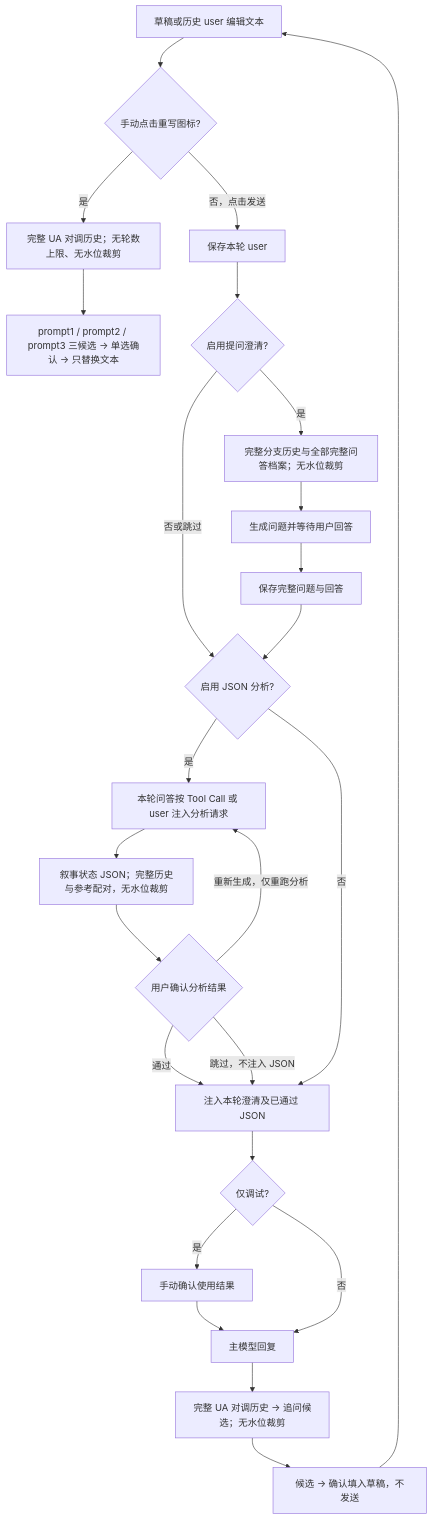
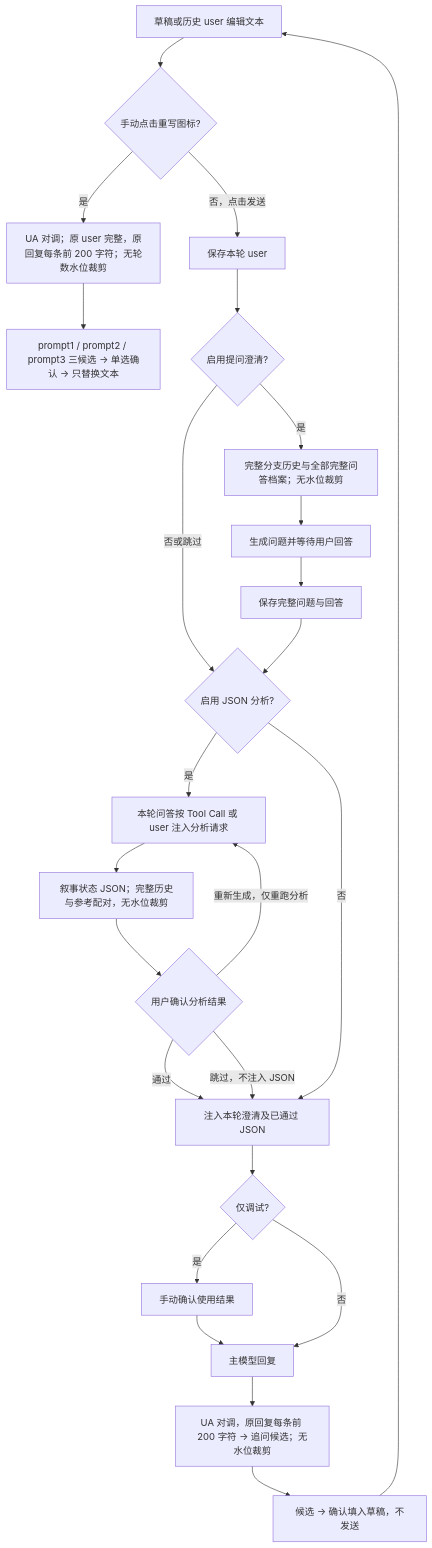
Before and after one commit to ccawmiku/workers-chat: the first of 7 diagrams in docs/PLUGINS.md, drawn with Mermaid. The commit also changed other lines of this file and 6 other files, not shown here.

````diff
--- a/docs/PLUGINS.md
+++ b/docs/PLUGINS.md
@@ -22,27 +22,27 @@
 ```mermaid
 flowchart TD
     Draft[草稿或历史 user 编辑文本] --> Rewrite{手动点击重写图标?}
-    Rewrite -->|是| Rewriter[完整 UA 对调历史；无轮数上限、无水位裁剪]
+    Rewrite -->|是| Rewriter[UA 对调；原 user 完整，原回复每条前 200 字符；无轮数水位裁剪]
     Rewriter --> Compare[prompt1 / prompt2 / prompt3 三候选 → 单选确认 → 只替换文本]
     Rewrite -->|否，点击发送| User[保存本轮 user]
     User --> Ask{启用提问澄清?}
     Ask -->|是| Q[完整分支历史与全部完整问答档案；无水位裁剪]
     Q --> Wait[生成问题并等待用户回答]
     Wait --> Pair[保存完整问题与回答]
     Ask -->|否或跳过| Analyze{启用 JSON 分析?}
     Pair --> Analyze
     Analyze -->|是| Input[本轮问答按 Tool Call 或 user 注入分析请求]
     Input --> JSON[叙事状态 JSON；完整历史与参考配对，无水位裁剪]
     JSON --> Gate{用户确认分析结果}
     Gate -->|重新生成，仅重跑分析| Input
     Gate -->|通过| Inject[注入本轮澄清及已通过 JSON]
     Gate -->|跳过，不注入 JSON| Inject
     Analyze -->|否| Inject
     Inject --> Debug{仅调试?}
     Debug -->|是| Review[手动确认使用结果]
     Review --> Main[主模型回复]
     Debug -->|否| Main
-    Main --> Suggest[完整 UA 对调历史 → 追问候选；无水位裁剪]
+    Main --> Suggest[UA 对调，原回复每条前 200 字符 → 追问候选；无水位裁剪]
     Suggest --> Choices[候选 → 确认填入草稿，不发送]
     Choices --> Draft
 ```
````
